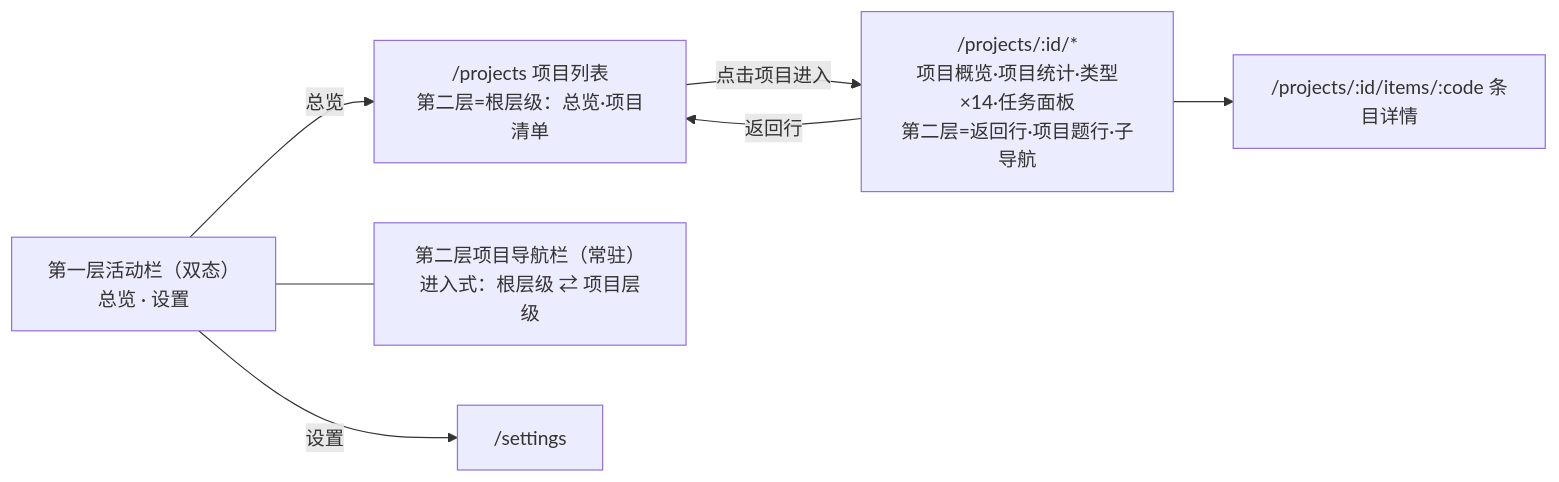
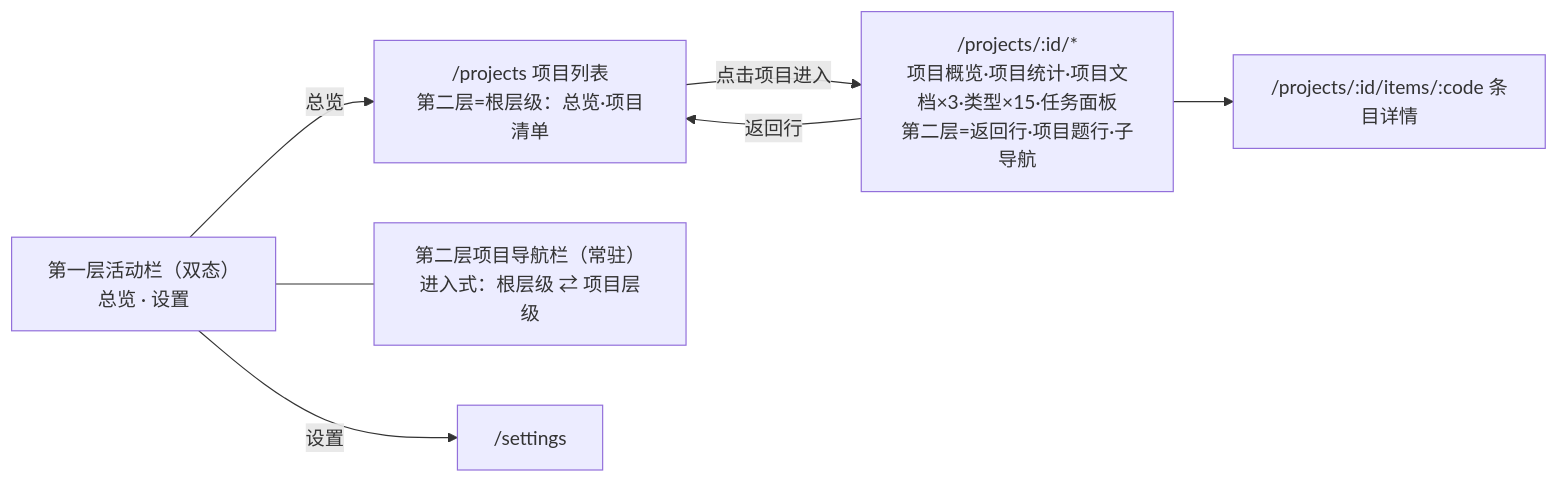
The diagram in docs/design/05-detailed-design/ui/app-shell.md (Kommisaar/relay-harbor), drawn with Mermaid before and after one commit. The commit also changed other lines of this file and 35 other files, not shown here.

````diff
--- a/docs/design/05-detailed-design/ui/app-shell.md
+++ b/docs/design/05-detailed-design/ui/app-shell.md
@@ -97,9 +105,9 @@
 ```mermaid
 flowchart LR
     rail["第一层活动栏（双态）<br/>总览 · 设置"] -->|总览| plist["/projects 项目列表<br/>第二层=根层级：总览·项目清单"]
     rail --- side["第二层项目导航栏（常驻）<br/>进入式：根层级 ⇄ 项目层级"]
-    plist -->|点击项目进入| work["/projects/:id/*<br/>项目概览·项目统计·类型×14·任务面板<br/>第二层=返回行·项目题行·子导航"]
+    plist -->|点击项目进入| work["/projects/:id/*<br/>项目概览·项目统计·项目文档×3·类型×15·任务面板<br/>第二层=返回行·项目题行·子导航"]
     work -->|返回行| plist
     rail -->|设置| settings["/settings"]
     work --> detail["/projects/:id/items/:code 条目详情"]
 ```
````
